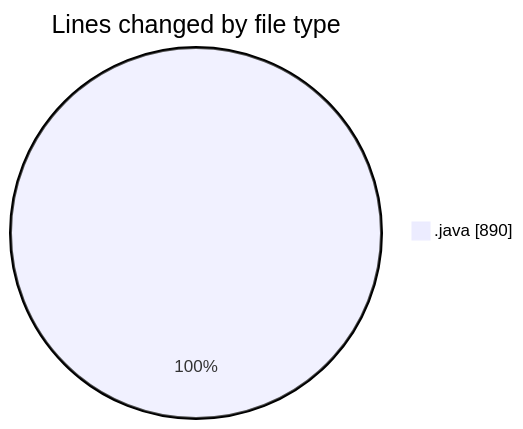
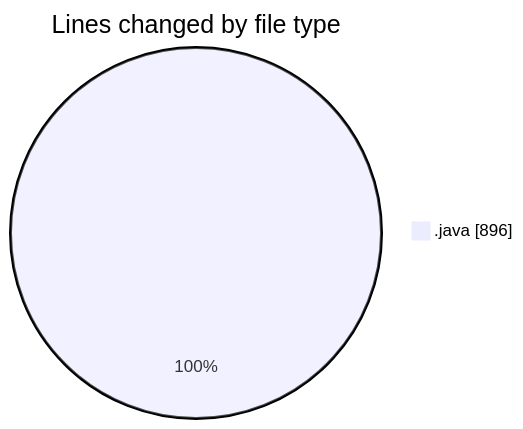
Before and after one commit to Elitesun/code-tracking: the first of 2 diagrams in 2025-02-21/projet/README.md, drawn with Mermaid. The commit also changed other lines of this file and 1 other file, not shown here.

````diff
--- a/2025-02-21/projet/README.md
+++ b/2025-02-21/projet/README.md
@@ -26,5 +26,5 @@
 ```mermaid
 pie showData
 title Lines changed by file type
-".java" : 890
+".java" : 896
 ```
````
